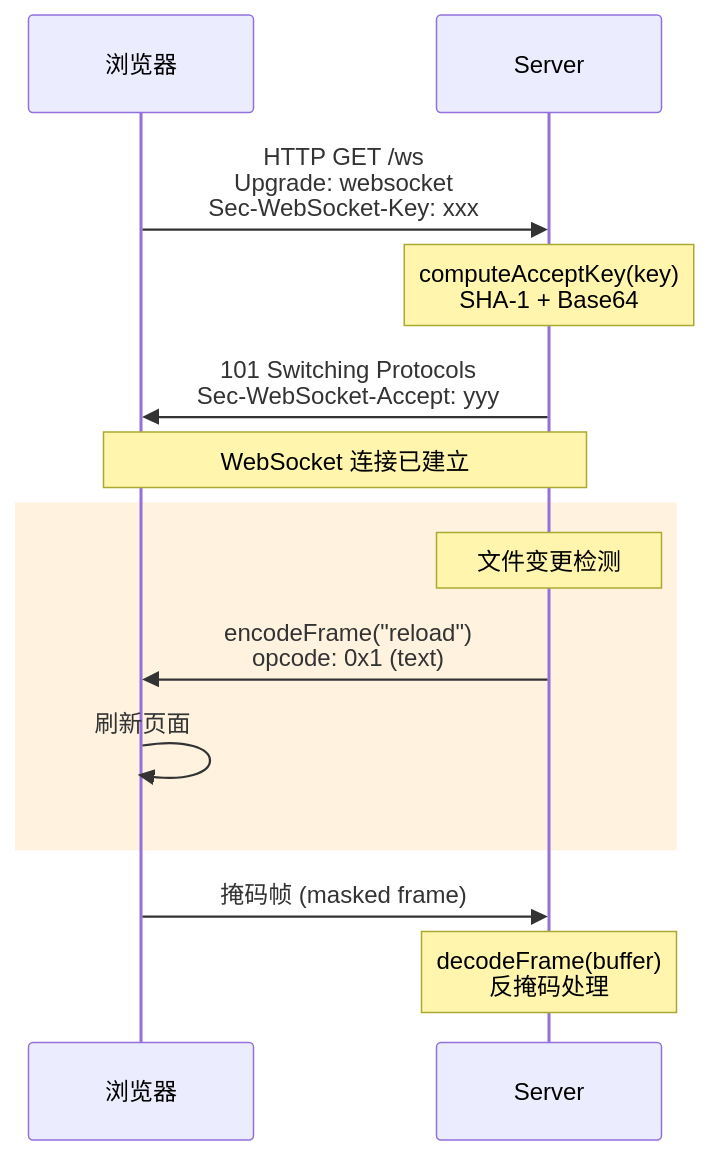
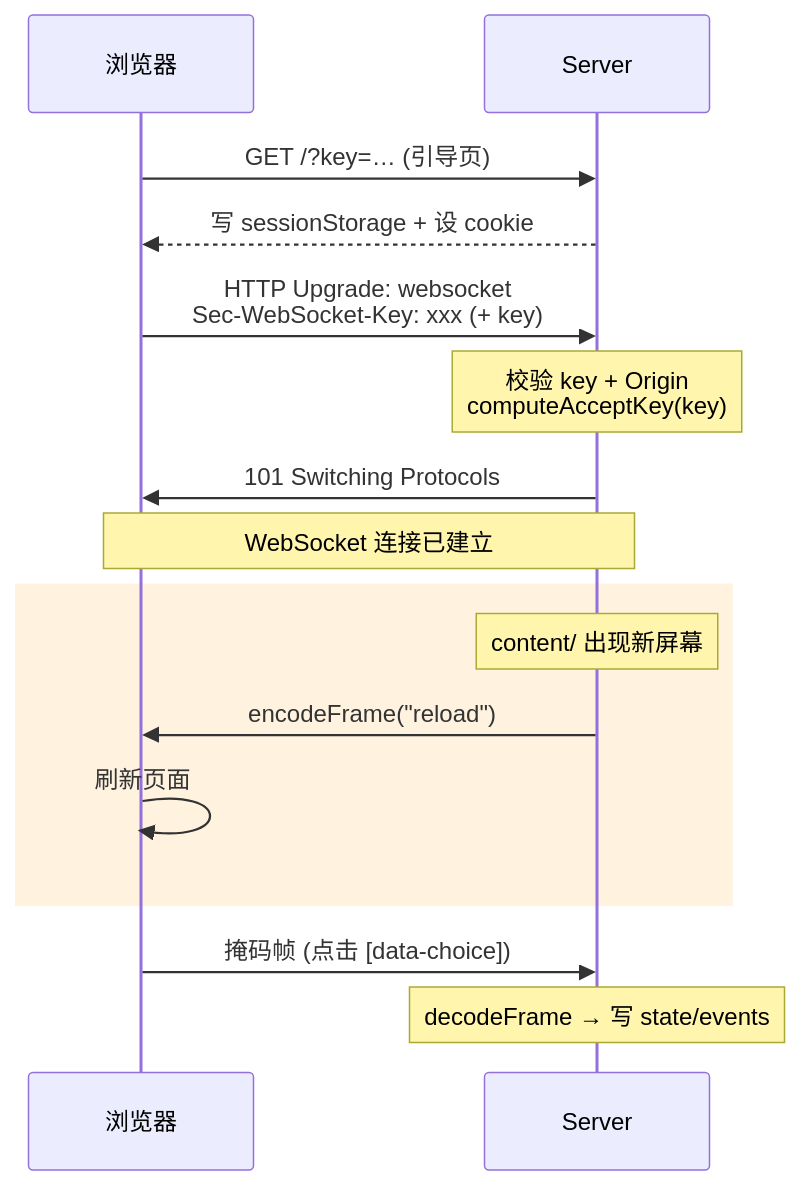
Before and after one commit to yongnianliu/superpowers: the second of 2 diagrams in docs/zh/08-brainstorm-server.md, drawn with Mermaid. The commit also changed other lines of this file and 12 other files, not shown here.

````diff
--- a/docs/zh/08-brainstorm-server.md
+++ b/docs/zh/08-brainstorm-server.md
@@ -54,22 +82,24 @@
 ```mermaid
 sequenceDiagram
     participant B as 浏览器
     participant S as Server
 
-    B->>S: HTTP GET /ws<br/>Upgrade: websocket<br/>Sec-WebSocket-Key: xxx
+    B->>S: GET /?key=… (引导页)
+    S-->>B: 写 sessionStorage + 设 cookie
+    B->>S: HTTP Upgrade: websocket<br/>Sec-WebSocket-Key: xxx (+ key)
 
-    Note over S: computeAcceptKey(key)<br/>SHA-1 + Base64
+    Note over S: 校验 key + Origin<br/>computeAcceptKey(key)
 
-    S->>B: 101 Switching Protocols<br/>Sec-WebSocket-Accept: yyy
+    S->>B: 101 Switching Protocols
 
     Note over B,S: WebSocket 连接已建立
 
     rect rgb(255, 243, 224)
-        Note over S: 文件变更检测
-        S->>B: encodeFrame("reload")<br/>opcode: 0x1 (text)
+        Note over S: content/ 出现新屏幕
+        S->>B: encodeFrame("reload")
         B->>B: 刷新页面
     end
 
-    B->>S: 掩码帧 (masked frame)
-    Note over S: decodeFrame(buffer)<br/>反掩码处理
+    B->>S: 掩码帧 (点击 [data-choice])
+    Note over S: decodeFrame → 写 state/events
 ```
````
